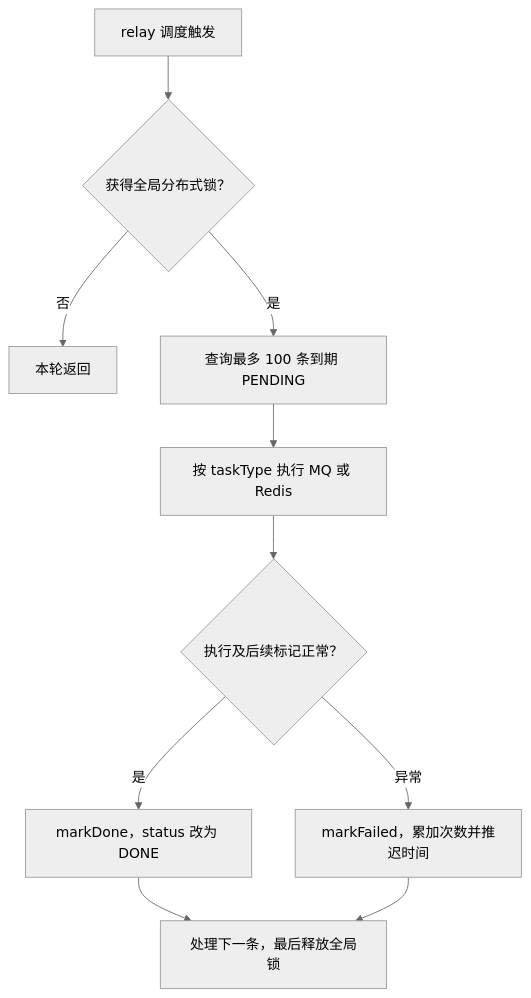
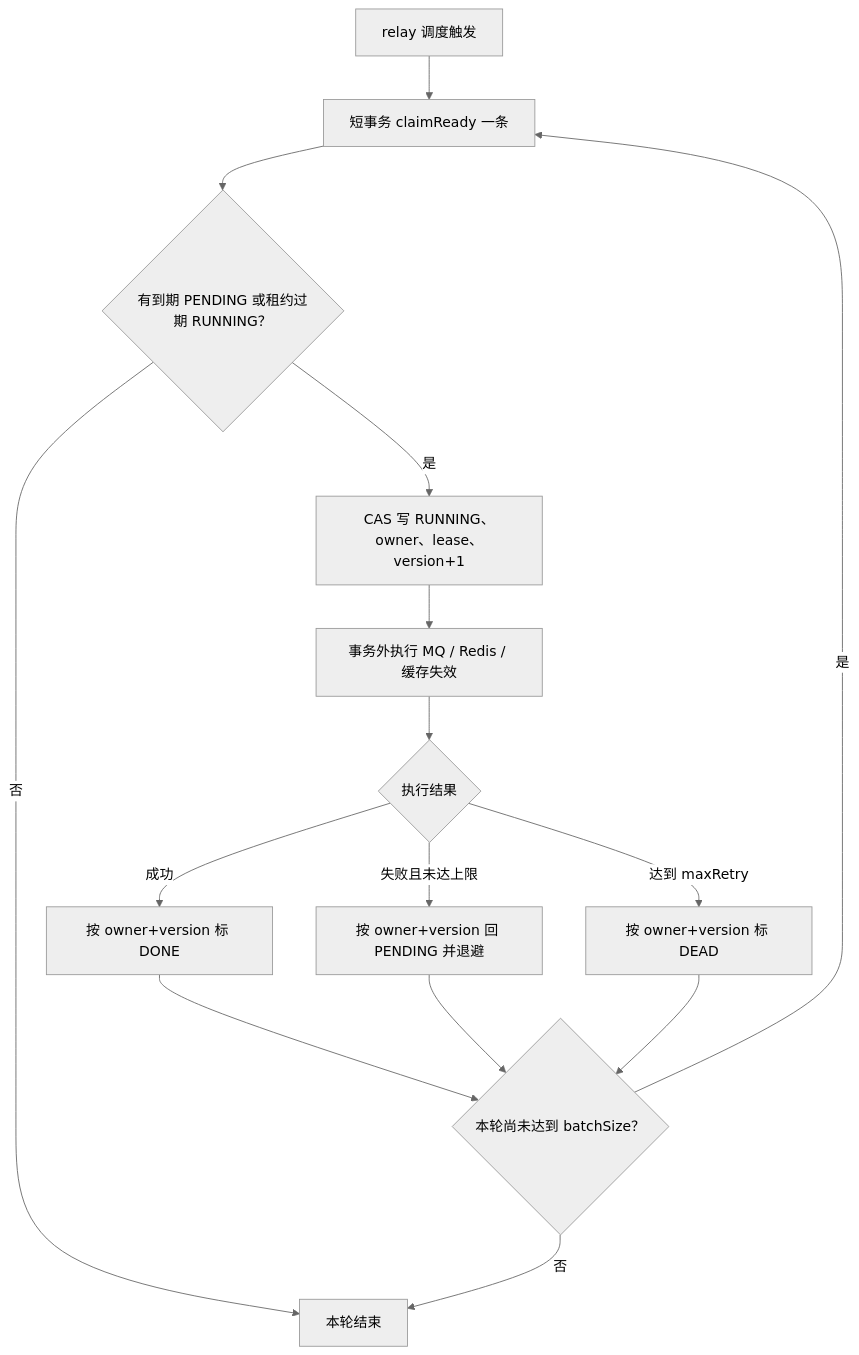
One commit to SyH-101/citypass-platform changed the second of 13 diagrams in 04-最终一致性与缓存治理.md. Above: the diagram before and after it, drawn with Mermaid (neutral theme). The commit also changed other lines of this file and 1 other file, not shown here.

````diff
--- a/04-最终一致性与缓存治理.md
+++ b/04-最终一致性与缓存治理.md
@@ -391,12 +395,17 @@
 ```mermaid
 flowchart TD
-    A["relay 调度触发"] --> B{"获得全局分布式锁？"}
-    B -->|否| C["本轮返回"]
-    B -->|是| D["查询最多 100 条到期 PENDING"]
-    D --> E["按 taskType 执行 MQ 或 Redis"]
-    E --> F{"执行及后续标记正常？"}
-    F -->|是| G["markDone，status 改为 DONE"]
-    F -->|异常| H["markFailed，累加次数并推迟时间"]
-    G --> I["处理下一条，最后释放全局锁"]
-    H --> I
+    A["relay 调度触发"] --> B["短事务 claimReady 一条"]
+    B --> C{"有到期 PENDING 或租约过期 RUNNING？"}
+    C -->|否| D["本轮结束"]
+    C -->|是| E["CAS 写 RUNNING、owner、lease、version+1"]
+    E --> F["事务外执行 MQ / Redis / 缓存失效"]
+    F --> G{"执行结果"}
+    G -->|成功| H["按 owner+version 标 DONE"]
+    G -->|失败且未达上限| I["按 owner+version 回 PENDING 并退避"]
+    G -->|达到 maxRetry| J["按 owner+version 标 DEAD"]
+    H --> K{"本轮尚未达到 batchSize？"}
+    I --> K
+    J --> K
+    K -->|是| B
+    K -->|否| D
 ```
````
